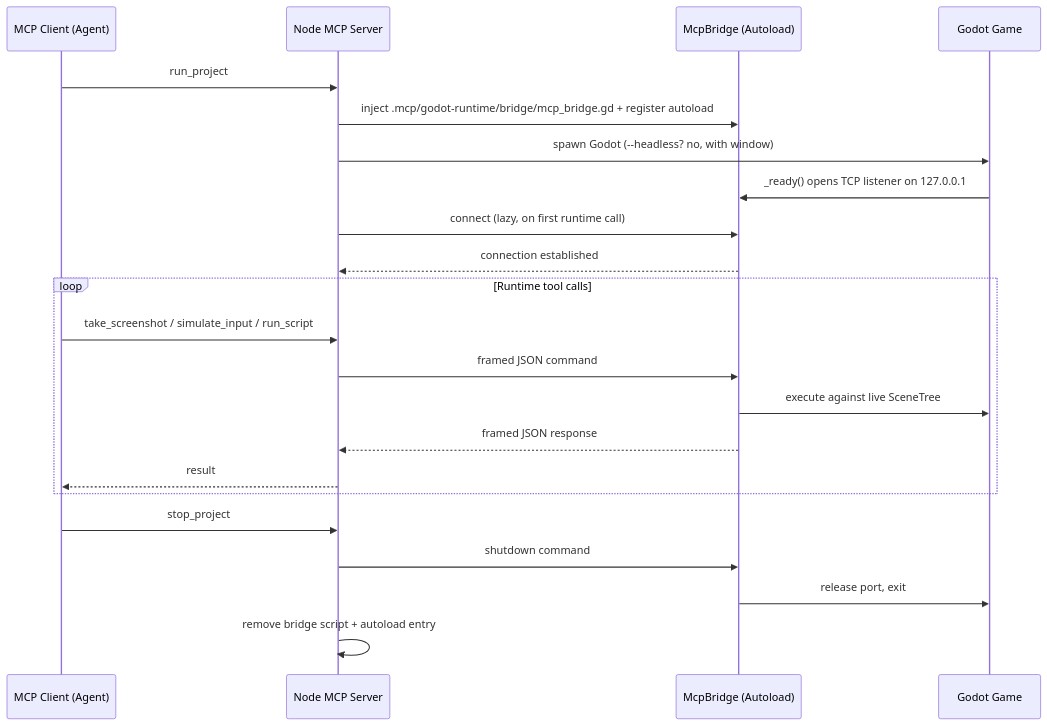
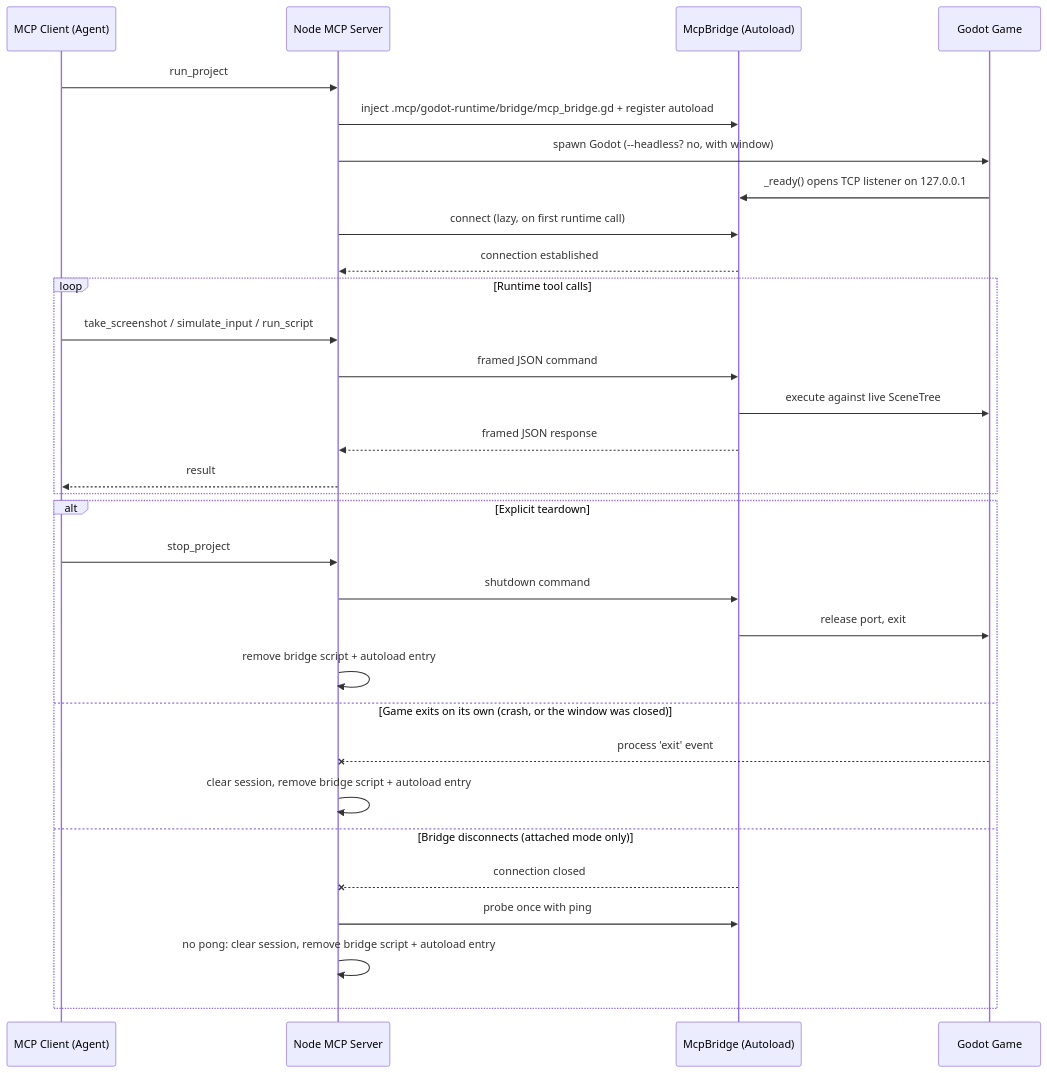
One commit to Erodenn/godot-mcp-runtime changed the diagram in docs/architecture.md. Above: the diagram before and after it, drawn with Mermaid. The commit also changed other lines of this file and 2 other files, not shown here.

Commit message:
docs: surface the security gate in server instructions and refresh the artifact diagram
serverInstructions said nothing about the run_script/run_project
security gate, so an agent discovered Tier 1 only by hitting it; added
a short paragraph naming the three tiers and the three env vars.
README's environment-variable table wrapped badly with the three
security flags in it, so they moved into a list below the table.
The Runtime Artifacts sequence diagram showed only explicit
stop_project/detach_project teardown; added the session ending on its
own (process exit, or bridge disconnect in attached mode) as
alternatives.

````diff
--- a/docs/architecture.md
+++ b/docs/architecture.md
@@ -45,27 +45,36 @@
 ```mermaid
 sequenceDiagram
     participant Agent as MCP Client (Agent)
     participant Node as Node MCP Server
     participant Bridge as McpBridge (Autoload)
     participant Game as Godot Game
 
     Agent->>Node: run_project
     Node->>Bridge: inject .mcp/godot-runtime/bridge/mcp_bridge.gd + register autoload
     Node->>Game: spawn Godot (--headless? no, with window)
     Game->>Bridge: _ready() opens TCP listener on 127.0.0.1
     Node->>Bridge: connect (lazy, on first runtime call)
     Bridge-->>Node: connection established
 
     loop Runtime tool calls
         Agent->>Node: take_screenshot / simulate_input / run_script
         Node->>Bridge: framed JSON command
         Bridge->>Game: execute against live SceneTree
         Bridge-->>Node: framed JSON response
         Node-->>Agent: result
     end
 
-    Agent->>Node: stop_project
-    Node->>Bridge: shutdown command
-    Bridge->>Game: release port, exit
-    Node->>Node: remove bridge script + autoload entry
+    alt Explicit teardown
+        Agent->>Node: stop_project
+        Node->>Bridge: shutdown command
+        Bridge->>Game: release port, exit
+        Node->>Node: remove bridge script + autoload entry
+    else Game exits on its own (crash, or the window was closed)
+        Game--xNode: process 'exit' event
+        Node->>Node: clear session, remove bridge script + autoload entry
+    else Bridge disconnects (attached mode only)
+        Bridge--xNode: connection closed
+        Node->>Bridge: probe once with ping
+        Node->>Node: no pong: clear session, remove bridge script + autoload entry
+    end
 ```
````
